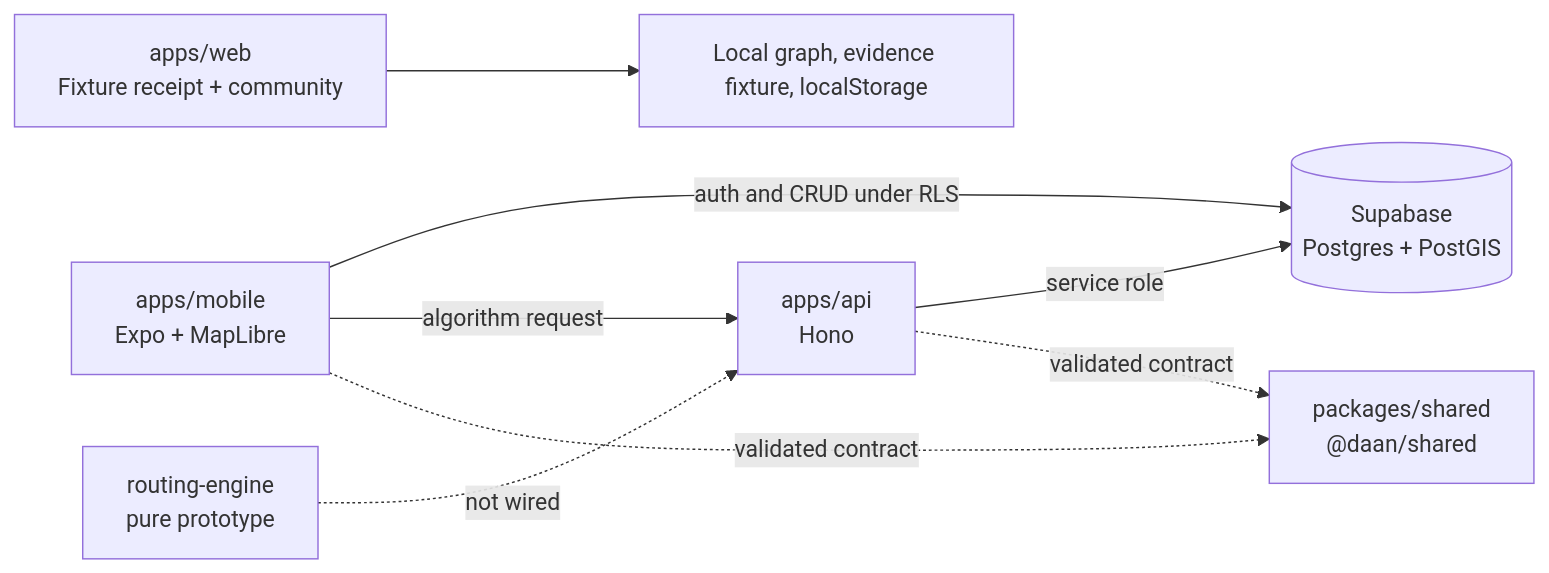
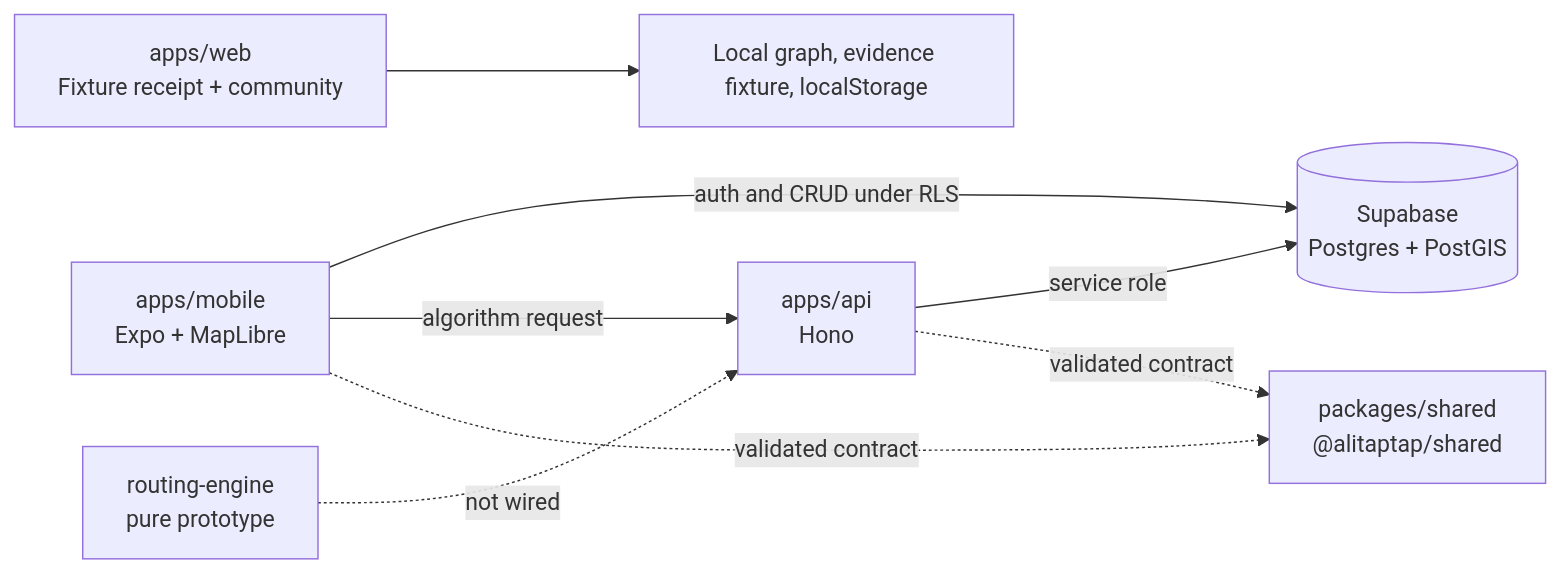
One commit to codex-zerocodeX/project-daan changed the diagram in docs/architecture.md. Above: the diagram before and after it, drawn with Mermaid. The commit also changed other lines of this file and 67 other files, not shown here.

````diff
--- a/docs/architecture.md
+++ b/docs/architecture.md
@@ -3,10 +3,10 @@
 ```mermaid
 flowchart LR
     W["apps/web\nFixture receipt + community"] --> WF["Local graph, evidence fixture, localStorage"]
     M["apps/mobile\nExpo + MapLibre"] -->|"auth and CRUD under RLS"| S[("Supabase\nPostgres + PostGIS")]
     M -->|"algorithm request"| A["apps/api\nHono"]
     A -->|"service role"| S
-    M -.->|"validated contract"| SH["packages/shared\n@daan/shared"]
+    M -.->|"validated contract"| SH["packages/shared\n@alitaptap/shared"]
     A -.->|"validated contract"| SH
     R["routing-engine\npure prototype"] -.->|"not wired"| A
 ```
````
